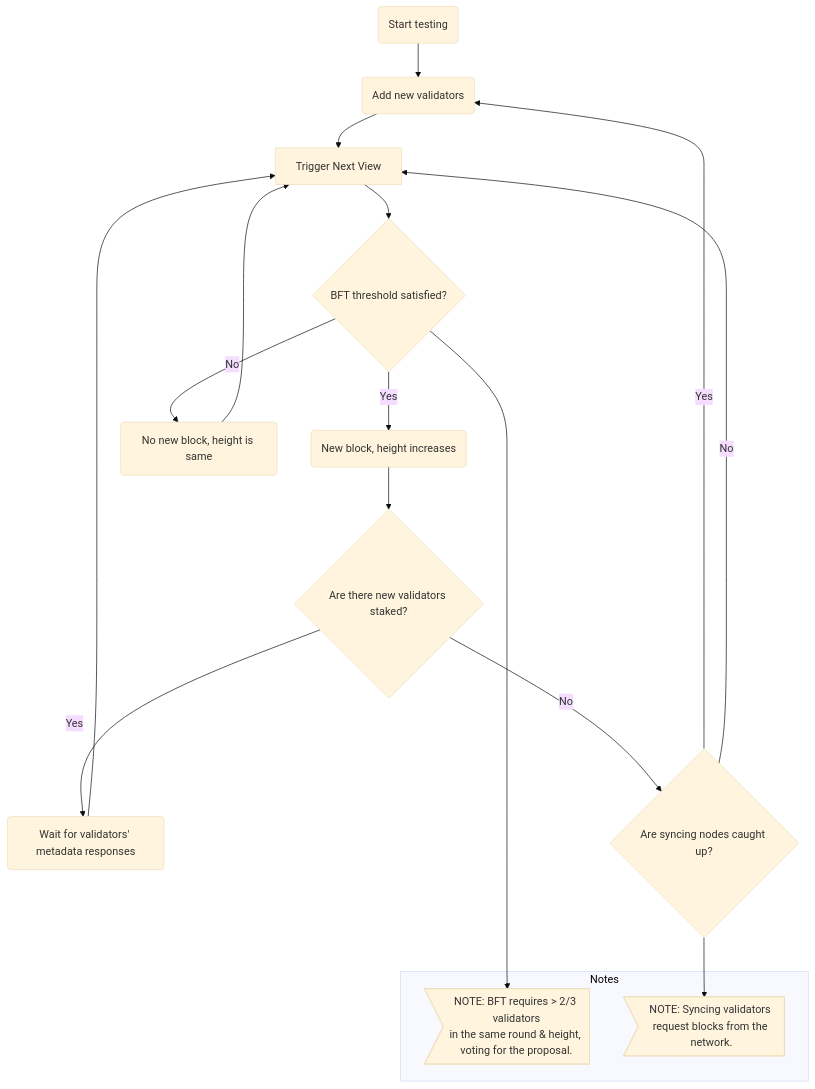
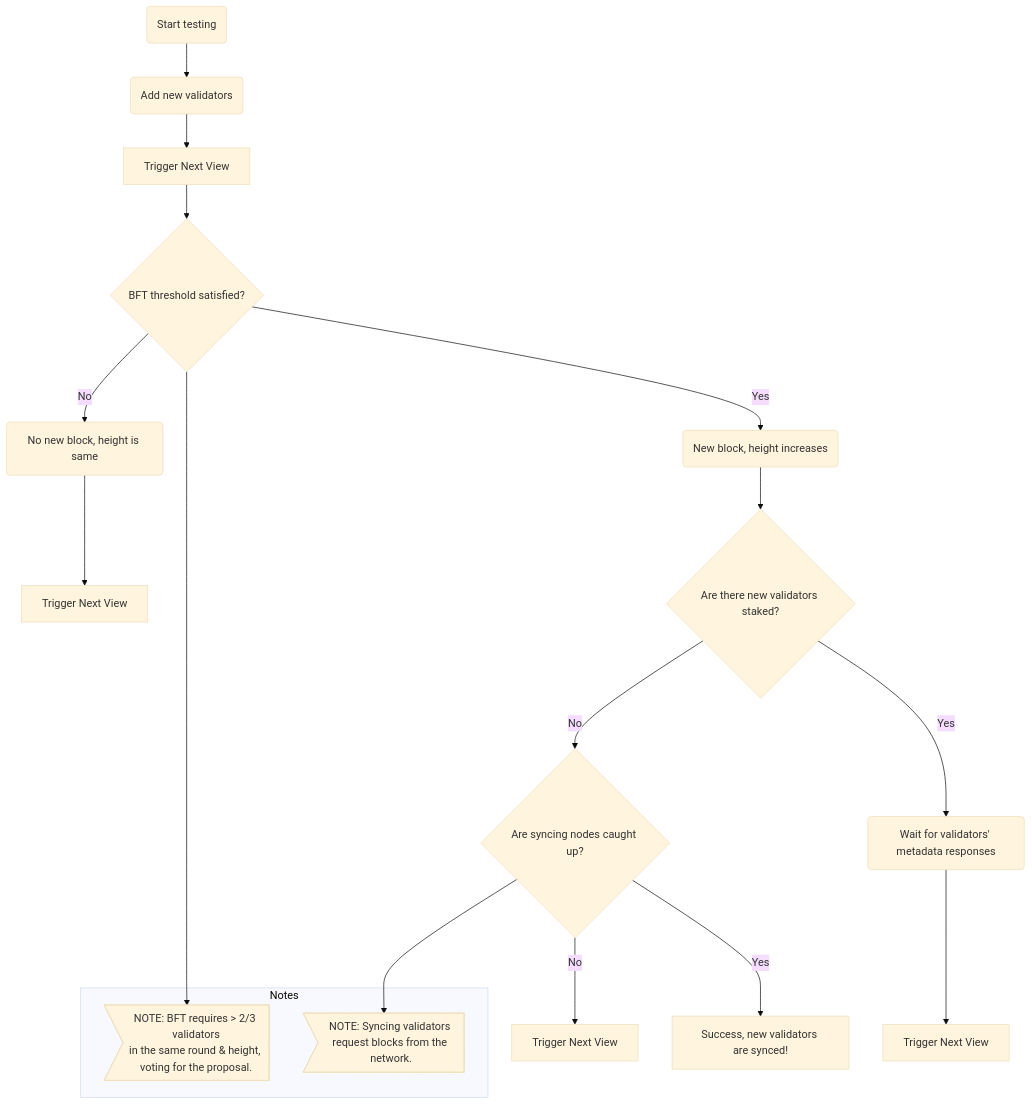
One commit to pokt-network/pocket changed the fourth of 4 diagrams in consensus/README.md. Above: the diagram before and after it, drawn with Mermaid (base theme). The commit also changed other lines of this file and 1 other file, not shown here.

Commit message:
simplify state sync test diagram

````diff
--- a/consensus/README.md
+++ b/consensus/README.md
@@ -115,23 +115,27 @@
 ```mermaid
-graph TD
-    A(Start testing) --> Z(Add new validators)
-    Z --> B[Trigger Next View]
-    B --> C{BFT threshold satisfied?}
-    C -->|Yes| D(New block, height increases)
-    C -->|No| E(No new block, height is same)
-    E --> B
-    D --> F{Are there new validators staked?}
-    F -->|Yes| G(Wait for validators' metadata responses)
-    F -->|No| J{Are syncing nodes caught up?}
-    J --> |Yes| Z
-    J -->|No| B
-    G --> B
+graph TB
+  A(Start testing)
+  A --> Z(Add new validators)
+  Z --> B[Trigger Next View]
+  
+  B --> C{BFT threshold satisfied?}
+  C -->|No| E(No new block, height is same)
+  E --> B1[Trigger Next View]
+  
+  C -->|Yes| D(New block, height increases)
+  D --> F{Are there new validators staked?}
+  F -->|No| J{Are syncing nodes caught up?}
 
-    subgraph Notes
-       note1>NOTE: BFT requires > 2/3 validators<br>in the same round & height, voting for the proposal.]
-       note2>NOTE: Syncing validators request blocks from the network.]
-    end
+  J --> |No| B2[Trigger Next View]
+  J --> |Yes| H[Success, new validators are synced!]
+  F -->|Yes| G(Wait for validators' metadata responses)
+  G --> B3[Trigger Next View]
+  
+  subgraph Notes
+     note1>NOTE: BFT requires > 2/3 validators<br>in the same round & height, voting for the proposal.]
+     note2>NOTE: Syncing validators request blocks from the network.]
+  end
 
-    C --> note1
-    J --> note2
+  C --> note1
+  J --> note2
 ```
````
